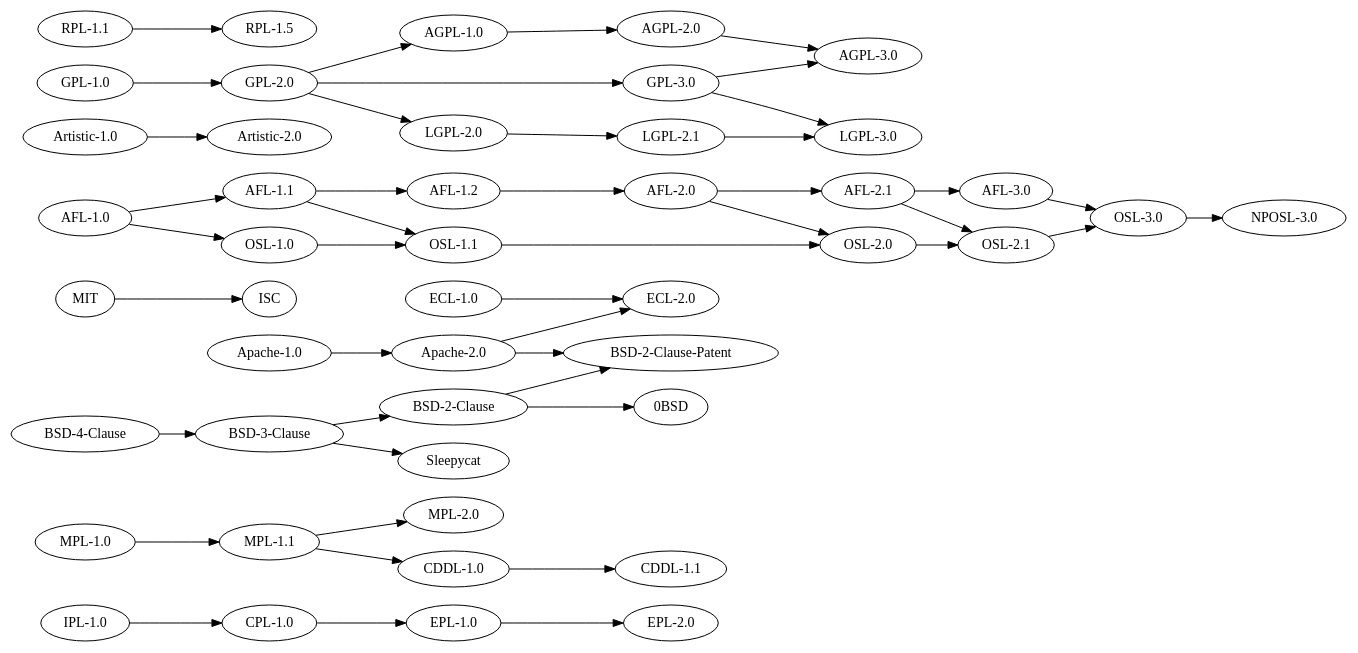
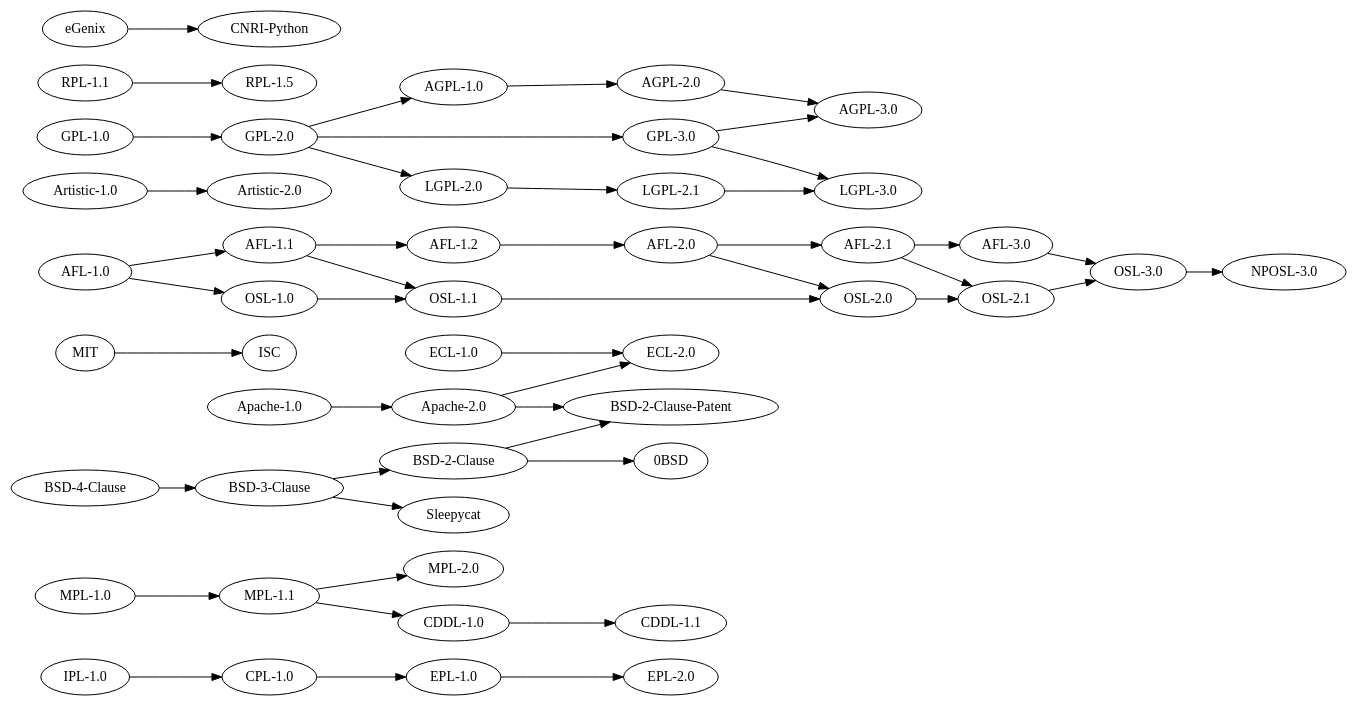
Before and after one commit to kemitchell/open-source-license-families: the diagram in licenses.dot, drawn with Graphviz.

Commit message:
Add eGenix

```diff
--- a/licenses.dot
+++ b/licenses.dot
@@ -1,49 +1,51 @@
 digraph {
   rankdir=LR;
   "IPL-1.0" -> "CPL-1.0";
   "CPL-1.0" -> "EPL-1.0";
   "EPL-1.0" -> "EPL-2.0";
 
   "MPL-1.0" -> "MPL-1.1";
   "MPL-1.1" -> "MPL-2.0";
   "MPL-1.1" -> "CDDL-1.0";
   "CDDL-1.0" -> "CDDL-1.1";
 
   "Apache-1.0" -> "Apache-2.0";
   "ECL-1.0" -> "ECL-2.0";
   "Apache-2.0" -> "ECL-2.0";
   "Apache-2.0" -> "BSD-2-Clause-Patent";
 
   "MIT" -> "ISC";
 
   "BSD-4-Clause" -> "BSD-3-Clause" -> "BSD-2-Clause";
   "BSD-2-Clause" -> "BSD-2-Clause-Patent";
   "BSD-3-Clause" -> "Sleepycat";
   "BSD-2-Clause" -> "0BSD";
 
   "OSL-3.0" -> "NPOSL-3.0";
   "AFL-1.0" -> "AFL-1.1" -> "AFL-1.2" -> "AFL-2.0" -> "AFL-2.1" -> "AFL-3.0";
 
   "AFL-1.0" -> "OSL-1.0";
   "AFL-1.1" -> "OSL-1.1";
   "AFL-2.0" -> "OSL-2.0";
   "AFL-2.1" -> "OSL-2.1";
   "AFL-3.0" -> "OSL-3.0";
 
   "OSL-1.0" -> "OSL-1.1" -> "OSL-2.0" -> "OSL-2.1" -> "OSL-3.0";
 
   "Artistic-1.0" -> "Artistic-2.0";
 
   "GPL-1.0" -> "GPL-2.0" -> "GPL-3.0";
 
   "GPL-2.0" -> "AGPL-1.0";
   "GPL-2.0" -> "LGPL-2.0";
   "GPL-3.0" -> "AGPL-3.0";
   "GPL-3.0" -> "LGPL-3.0";
 
   "AGPL-1.0" -> "AGPL-2.0" -> "AGPL-3.0";
 
   "LGPL-2.0" -> "LGPL-2.1" -> "LGPL-3.0";
 
   "RPL-1.1" -> "RPL-1.5";
+
+  "eGenix" -> "CNRI-Python";
 }
```
